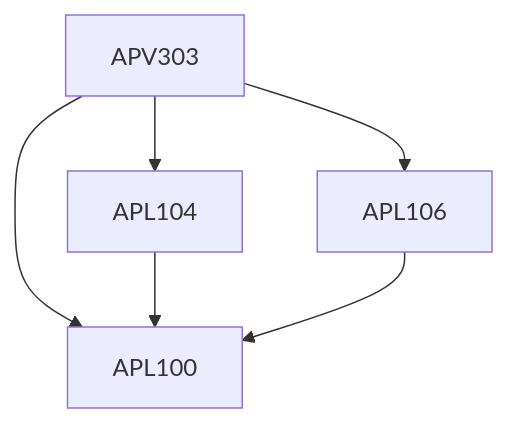
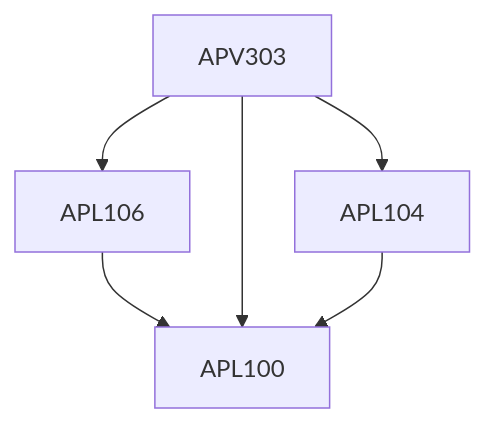
Before and after one commit to KeshavBansal0122/CoS_Website: the diagram in content/Applied Mechanics/APV303.md, drawn with Mermaid. The commit also changed other lines of this file and 2667 other files, not shown here.

````diff
--- a/content/Applied Mechanics/APV303.md
+++ b/content/Applied Mechanics/APV303.md
@@ -15,8 +13,12 @@
 ```mermaid
-graph TD
-APV303 --> APL100
-APV303 --> APL104
-APL104 --> APL100
-APV303 --> APL106
-APL106 --> APL100
+flowchart TD
+APV303-66[APV303]
+APV303-66 --> APL106-66[APL106]
+APL106-66 --> APL100-66[APL100]
+APV303-66 --> APL104-66[APL104]
+APV303-66 --> APL100-66[APL100]
+APL104-66 --> APL100-66[APL100]
+
+classDef empty height:17px, fill:transparent, stroke:transparent;
+classDef trueEmpty height:0px, width:0px;
 ```
````
